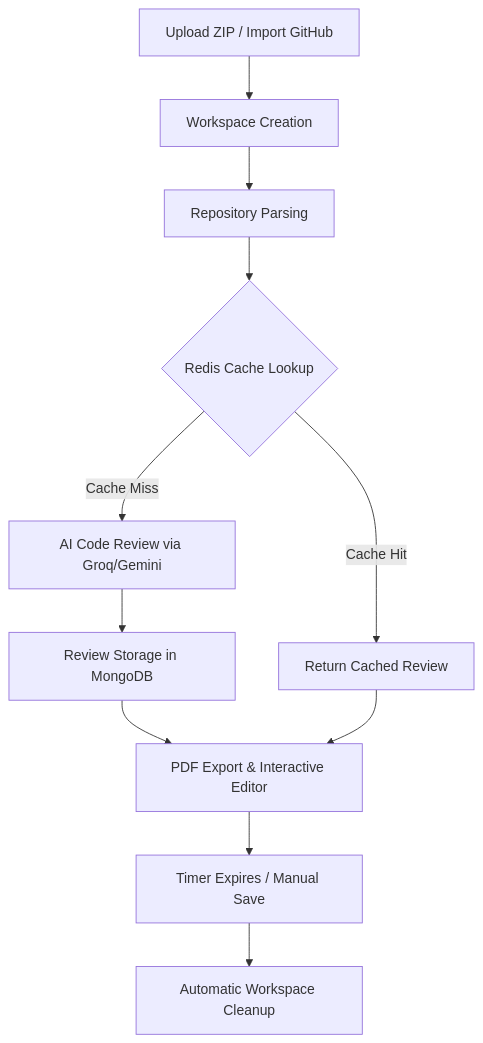
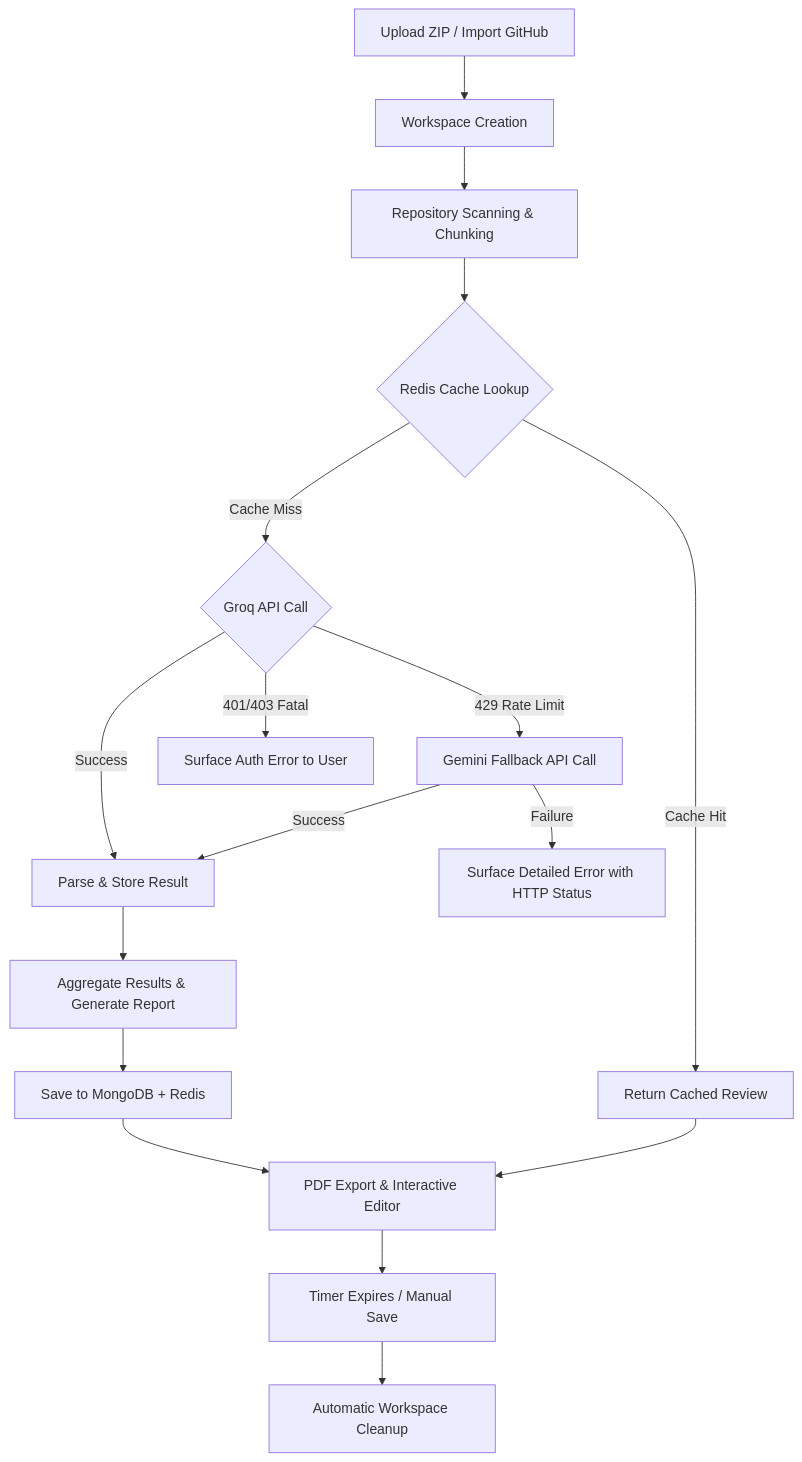
Before and after one commit to Abhirock73/AI_CODE_REVIEW: the second of 2 diagrams in README.md, drawn with Mermaid. The commit also changed other lines of this file, not shown here.

Commit message:
docs: rewrite README to reflect dual-provider AI engine, Gemini fallback, and updated models

````diff
--- a/README.md
+++ b/README.md
@@ -92,13 +100,19 @@
 ```mermaid
 flowchart TD
     A[Upload ZIP / Import GitHub] --> B[Workspace Creation]
-    B --> C[Repository Parsing]
+    B --> C[Repository Scanning & Chunking]
     C --> D{Redis Cache Lookup}
     D -- Cache Hit --> E[Return Cached Review]
-    D -- Cache Miss --> F[AI Code Review via Groq/Gemini]
-    F --> G[Review Storage in MongoDB]
-    G --> H[PDF Export & Interactive Editor]
-    H --> I[Timer Expires / Manual Save]
-    I --> J[Automatic Workspace Cleanup]
-    E --> H
+    D -- Cache Miss --> F{Groq API Call}
+    F -- Success --> G[Parse & Store Result]
+    F -- 429 Rate Limit --> H[Gemini Fallback API Call]
+    F -- 401/403 Fatal --> ERR[Surface Auth Error to User]
+    H -- Success --> G
+    H -- Failure --> ERR2[Surface Detailed Error with HTTP Status]
+    G --> I[Aggregate Results & Generate Report]
+    I --> J[Save to MongoDB + Redis]
+    J --> K[PDF Export & Interactive Editor]
+    K --> L[Timer Expires / Manual Save]
+    L --> M[Automatic Workspace Cleanup]
+    E --> K
 ```
````
